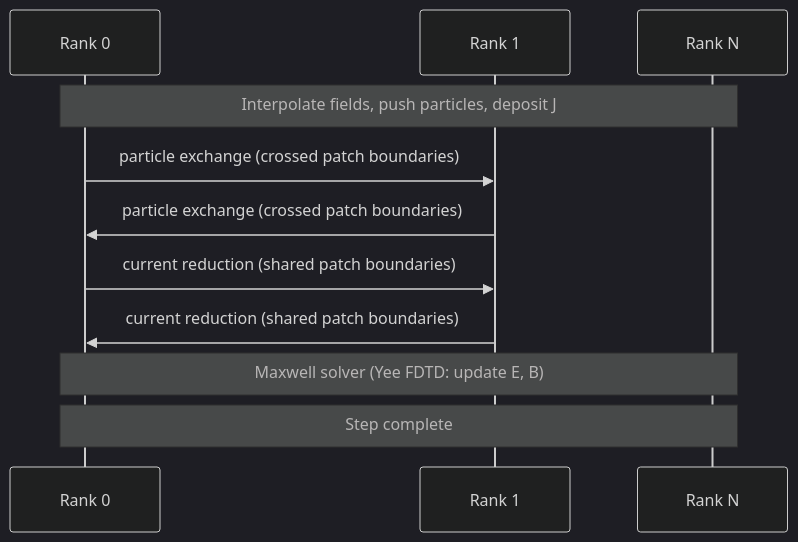
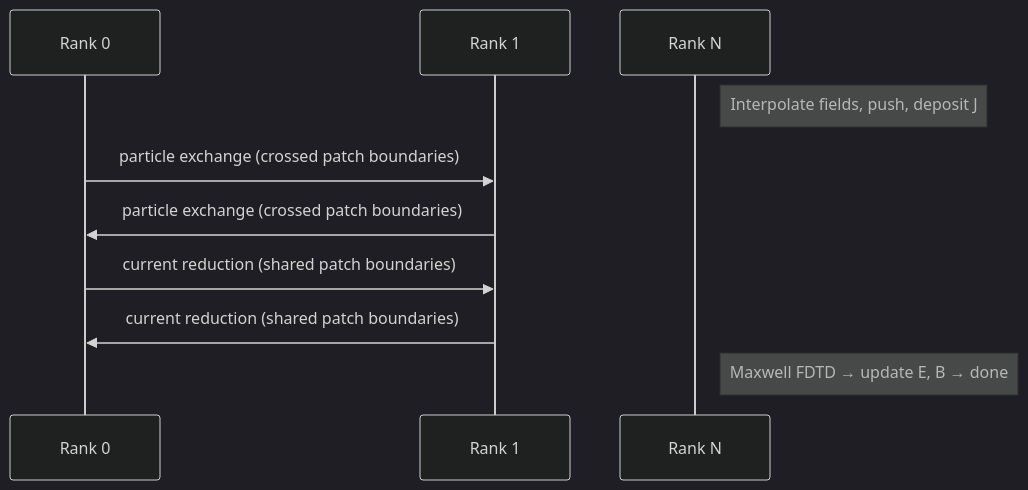
Before and after one commit to ngduchai/guard-agent: the second of 3 diagrams in tests/apps/docs/Smilei/README.md, drawn with Mermaid (dark theme). The commit also changed other lines of this file and 43 other files, not shown here.

````diff
--- a/tests/apps/docs/Smilei/README.md
+++ b/tests/apps/docs/Smilei/README.md
@@ -105,14 +105,13 @@
 ```mermaid
 sequenceDiagram
     participant R0 as Rank 0
     participant R1 as Rank 1
     participant RN as Rank N
 
-    Note over R0,RN: Interpolate fields, push particles, deposit J
+    Note right of RN: Interpolate fields, push, deposit J
     R0->>R1: particle exchange (crossed patch boundaries)
     R1->>R0: particle exchange (crossed patch boundaries)
     R0->>R1: current reduction (shared patch boundaries)
     R1->>R0: current reduction (shared patch boundaries)
-    Note over R0,RN: Maxwell solver (Yee FDTD: update E, B)
-    Note over R0,RN: Step complete
+    Note right of RN: Maxwell FDTD → update E, B → done
 ```
````
